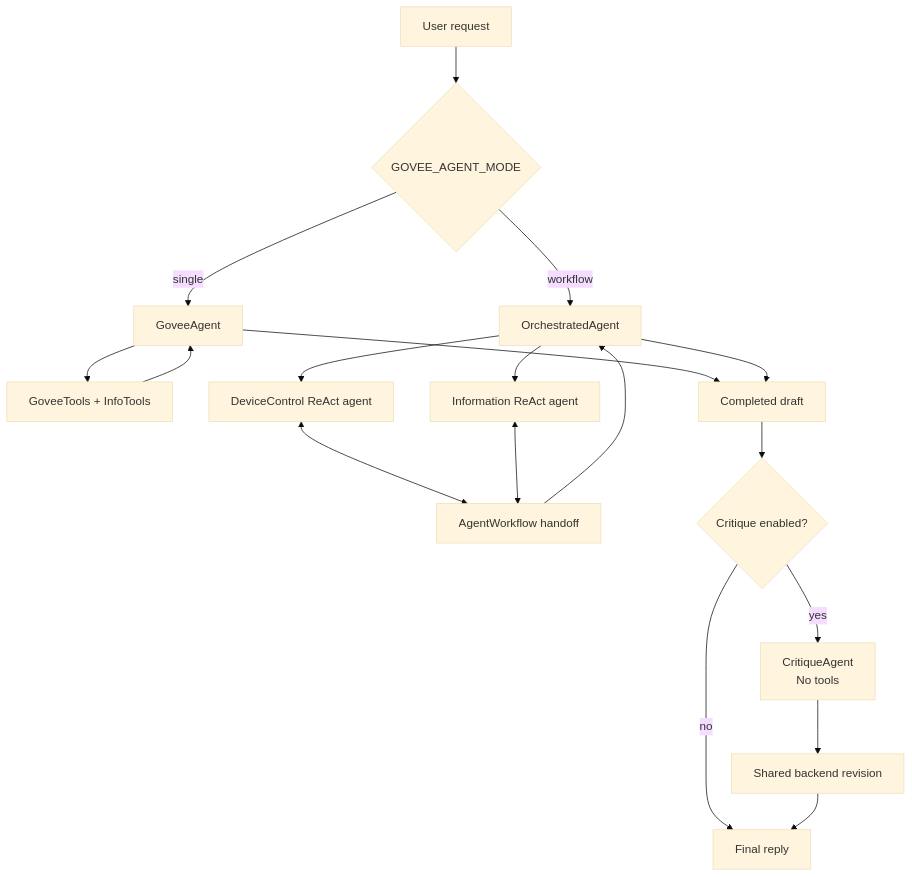
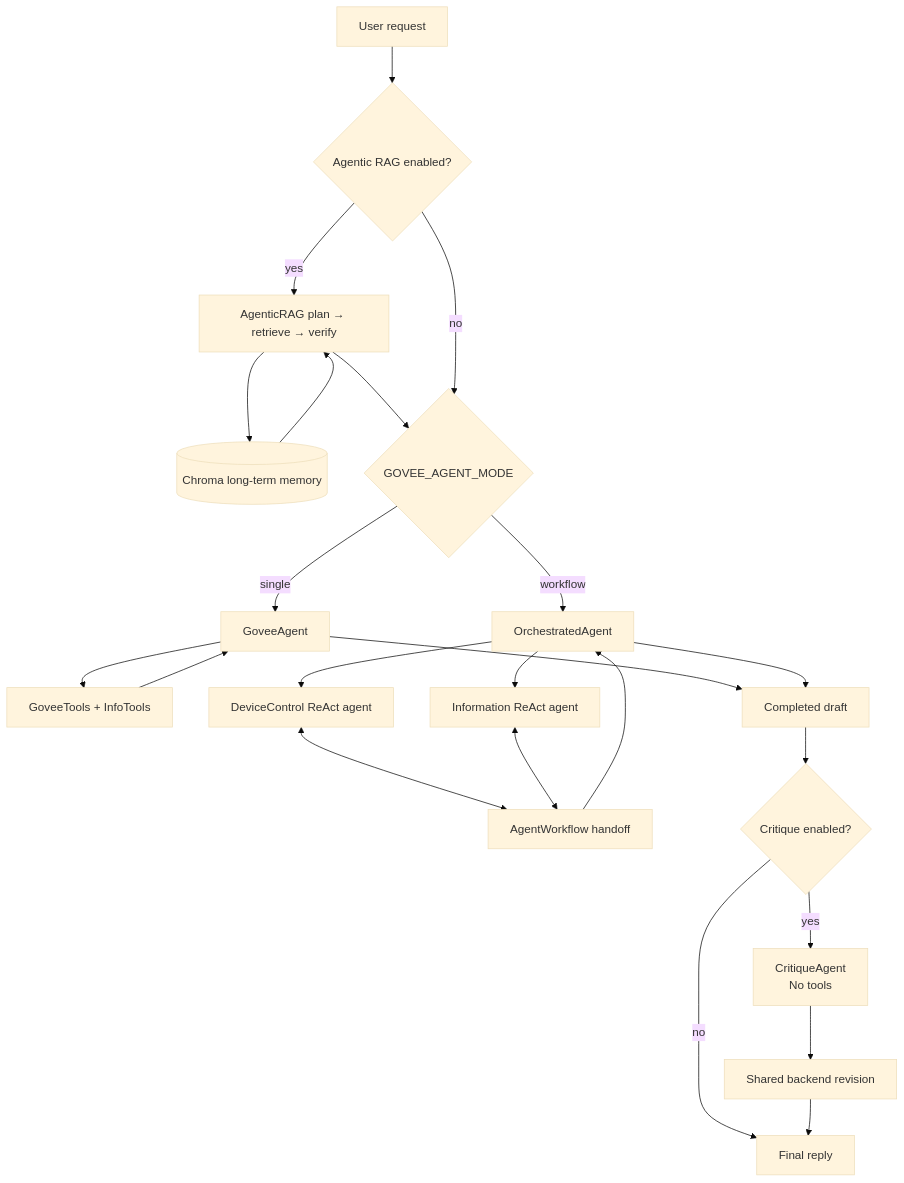
One commit to NyX3Ton/nyx3ton-project changed the second of 4 diagrams in Govee AI Assistant/README.md. Above: the diagram before and after it, drawn with Mermaid (base theme). The commit also changed other lines of this file and 37 other files, not shown here.

````diff
--- a/Govee AI Assistant/README.md
+++ b/Govee AI Assistant/README.md
@@ -168,23 +170,28 @@
 ```mermaid
 flowchart TB
-    Request[User request] --> Mode{GOVEE_AGENT_MODE}
+    Request[User request] --> RAGToggle{Agentic RAG enabled?}
+    RAGToggle -->|yes| RAG[AgenticRAG plan → retrieve → verify]
+    RAG --> Memory[(Chroma long-term memory)]
+    Memory --> RAG
+    RAG --> Mode{GOVEE_AGENT_MODE}
+    RAGToggle -->|no| Mode
 
     Mode -->|single| Writer[GoveeAgent]
     Writer --> Tools[GoveeTools + InfoTools]
     Tools --> Writer
 
     Mode -->|workflow| Workflow[OrchestratedAgent]
     Workflow --> Device[DeviceControl ReAct agent]
     Workflow --> Info[Information ReAct agent]
     Device <--> Handoff[AgentWorkflow handoff]
     Info <--> Handoff
     Handoff --> Workflow
 
     Writer --> Draft[Completed draft]
     Workflow --> Draft
     Draft --> CriticToggle{Critique enabled?}
     CriticToggle -->|no| Reply[Final reply]
     CriticToggle -->|yes| Critic[CritiqueAgent\nNo tools]
     Critic --> Revision[Shared backend revision]
     Revision --> Reply
 ```
````
